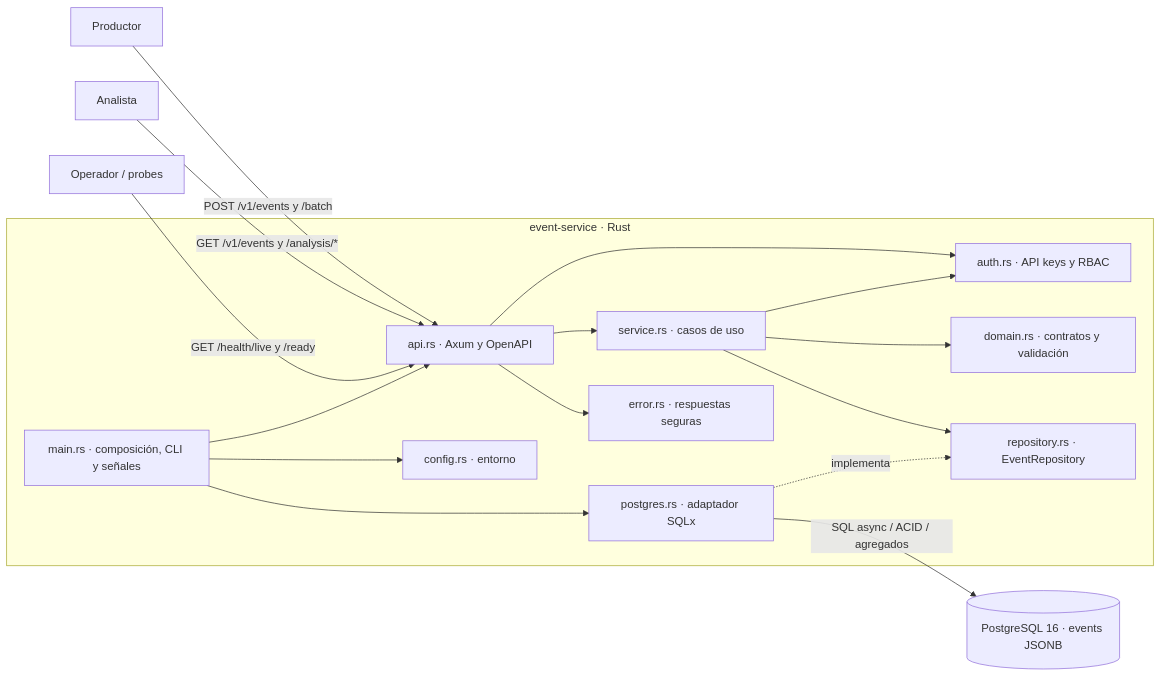
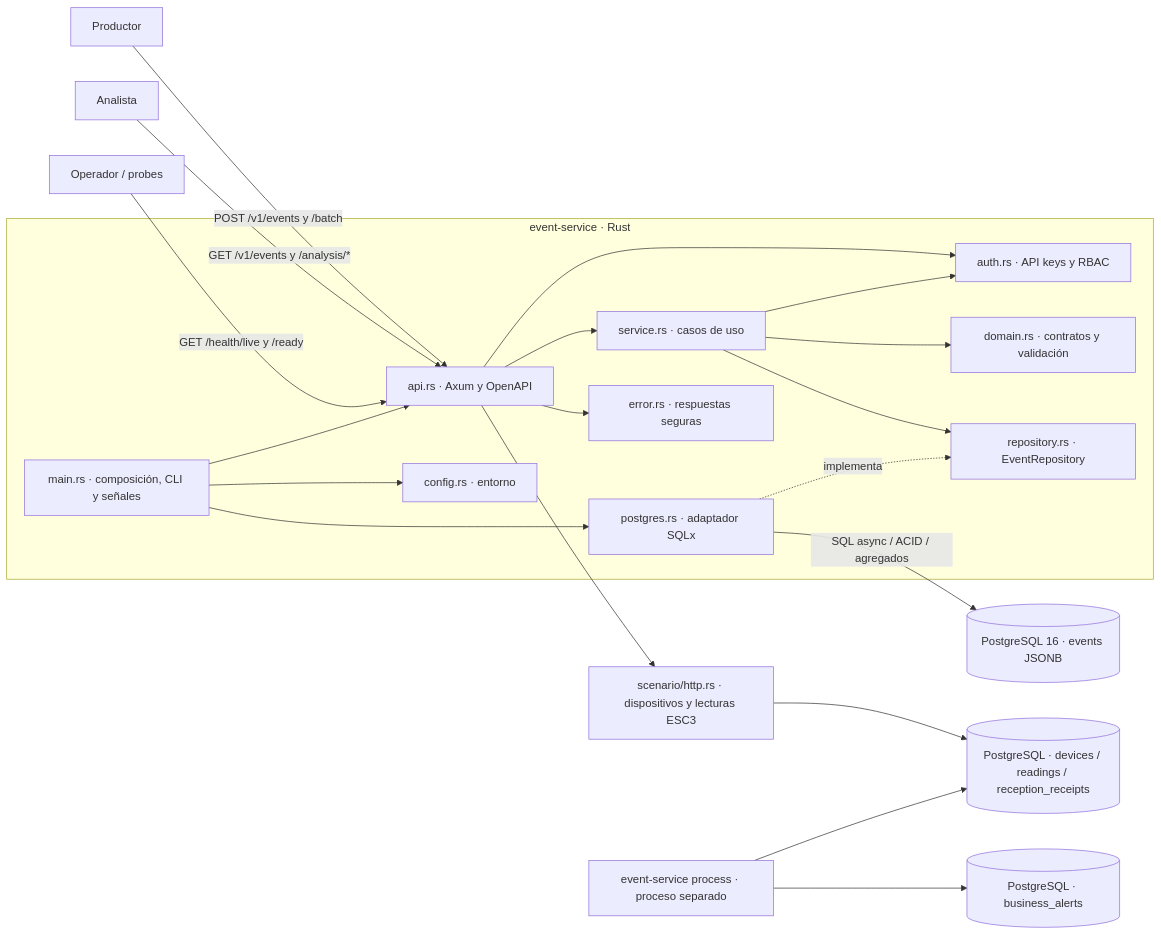
Before and after one commit to Sushiland123/Proyecto-Final-Metricas-y-DevOps: the diagram in docs/arquitectura/contenedores.md, drawn with Mermaid. The commit also changed other lines of this file and 19 other files, not shown here.

Commit message:
feat(ESC3): complete device readings, durable backlog and acceptance tests

````diff
--- a/docs/arquitectura/contenedores.md
+++ b/docs/arquitectura/contenedores.md
@@ -5,19 +5,23 @@
 ```mermaid
 flowchart LR
     producer["Productor"] -->|"POST /v1/events y /batch"| api
     analyst["Analista"] -->|"GET /v1/events y /analysis/*"| api
     operator["Operador / probes"] -->|"GET /health/live y /ready"| api
     subgraph process["event-service · Rust"]
         main["main.rs · composición, CLI y señales"] --> config["config.rs · entorno"]
         main --> api["api.rs · Axum y OpenAPI"]
         api --> auth["auth.rs · API keys y RBAC"]
         api --> service["service.rs · casos de uso"]
         service --> auth
         service --> domain["domain.rs · contratos y validación"]
         service --> port["repository.rs · EventRepository"]
         adapter["postgres.rs · adaptador SQLx"] -.->|"implementa"| port
         main --> adapter
         api --> errors["error.rs · respuestas seguras"]
     end
     adapter -->|"SQL async / ACID / agregados"| pg[("PostgreSQL 16 · events JSONB")]
+    api --> scenario["scenario/http.rs · dispositivos y lecturas ESC3"]
+    scenario --> inbox[("PostgreSQL · devices / readings / reception_receipts")]
+    worker["event-service process · proceso separado"] --> inbox
+    worker --> alerts[("PostgreSQL · business_alerts")]
 ```
````
